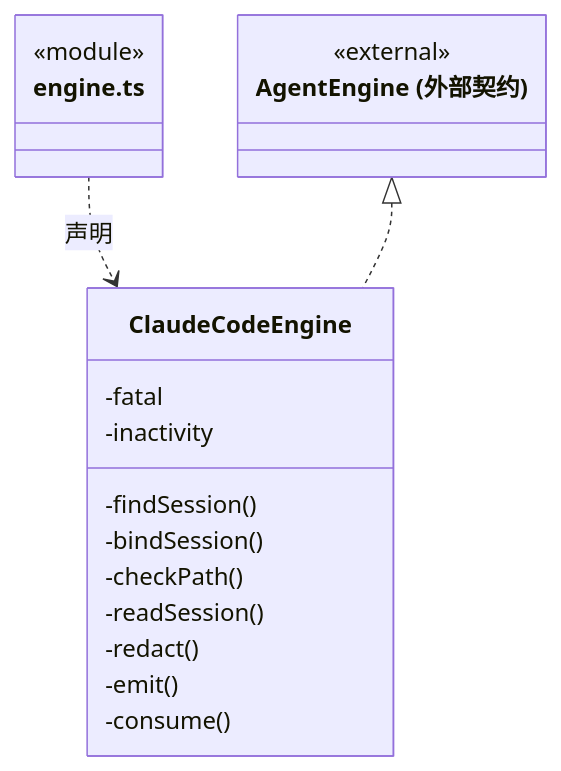
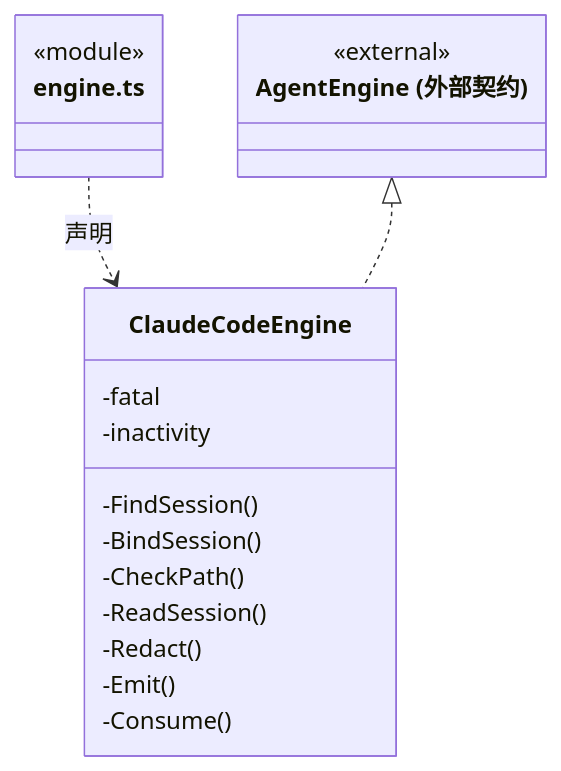
One commit to nan023062/cbim changed the third of 7 diagrams in src/logic/execution/engines/claude/ARCHITECTURE.md. Above: the diagram before and after it, drawn with Mermaid. The commit also changed other lines of this file and 1035 other files, not shown here.

````diff
--- a/src/logic/execution/engines/claude/ARCHITECTURE.md
+++ b/src/logic/execution/engines/claude/ARCHITECTURE.md
@@ -83,22 +83,22 @@
 ```mermaid
 classDiagram
 class N_src_logic_execution_engines_claude_engine_ts["engine.ts"] {
   <<module>>
 }
 class N_src_logic_execution_engines_claude_engine_ts_ClaudeCodeEngine["ClaudeCodeEngine"] {
   -fatal
   -inactivity
-  -findSession()
-  -bindSession()
-  -checkPath()
-  -readSession()
-  -redact()
-  -emit()
-  -consume()
+  -FindSession()
+  -BindSession()
+  -CheckPath()
+  -ReadSession()
+  -Redact()
+  -Emit()
+  -Consume()
 }
 N_src_logic_execution_engines_claude_engine_ts ..> N_src_logic_execution_engines_claude_engine_ts_ClaudeCodeEngine : 声明
 class N_src_logic_execution_engines_claude_engine_ts_external_AgentEngine["AgentEngine (外部契约)"] {
   <<external>>
 }
 N_src_logic_execution_engines_claude_engine_ts_external_AgentEngine <|.. N_src_logic_execution_engines_claude_engine_ts_ClaudeCodeEngine
 ```
````
